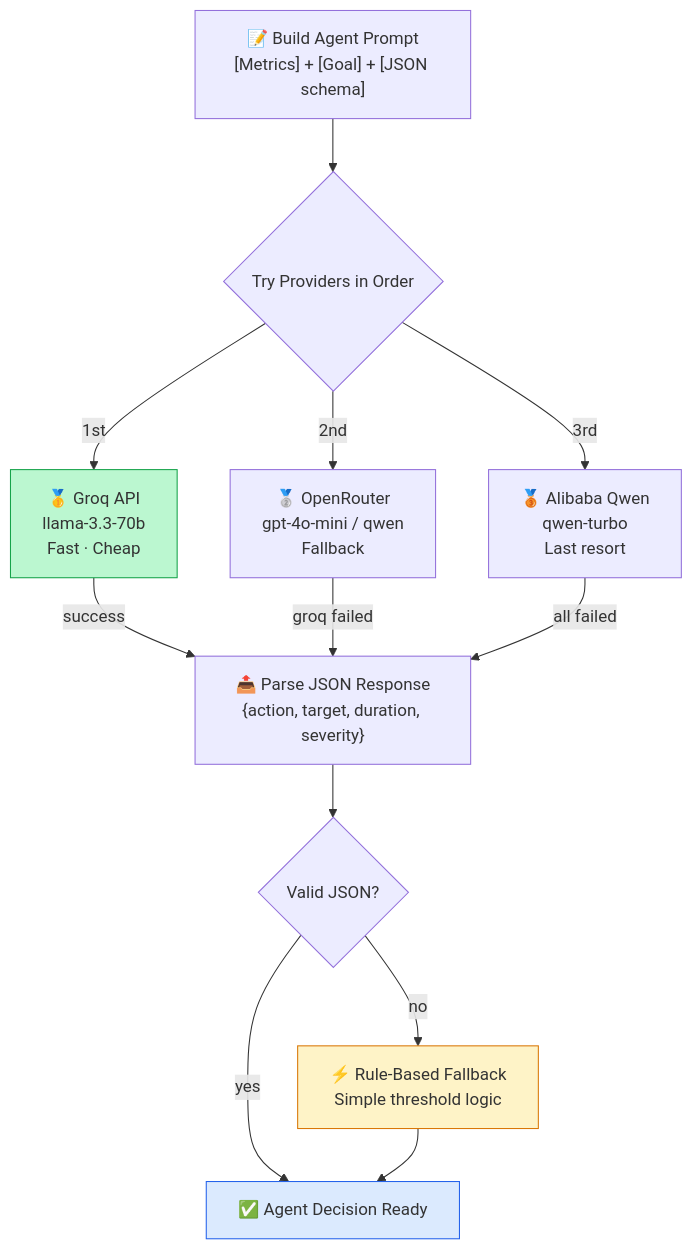
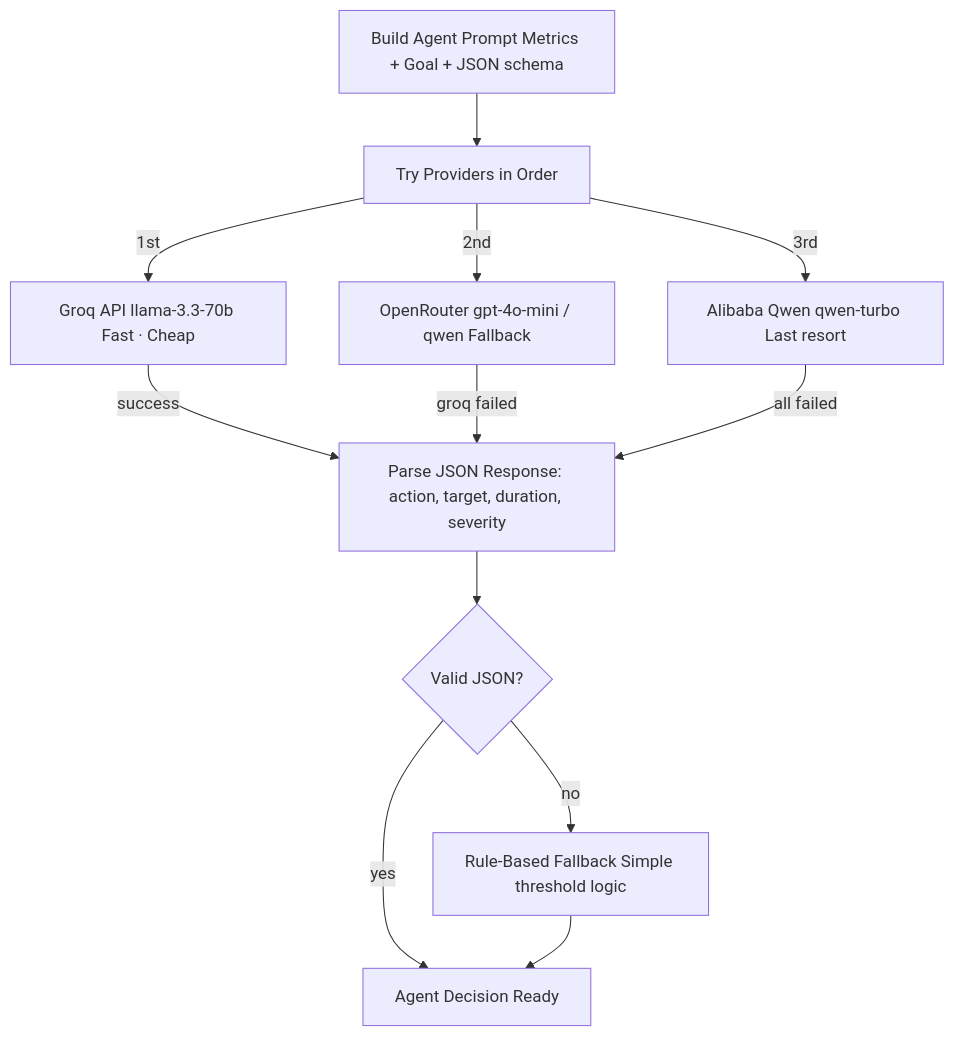
Before and after one commit to tanh1c/agent-traffic: the fifth of 9 diagrams in docs/architecture.md, drawn with Mermaid. The commit also changed other lines of this file, not shown here.

Commit message:
docs: use default mermaid colors and English only

````diff
--- a/docs/architecture.md
+++ b/docs/architecture.md
@@ -183,31 +176,27 @@
 ```mermaid
 flowchart TB
-    PROMPT["📝 Build Agent Prompt<br/>[Metrics] + [Goal] + [JSON schema]"]
+    PROMPT["Build Agent Prompt Metrics + Goal + JSON schema"]
 
-    PROVIDERS{"Try Providers in Order"}
+    PROVIDERS["Try Providers in Order"]
 
-    GROQ["🥇 Groq API<br/>llama-3.3-70b<br/>Fast · Cheap"]
-    OPENROUTER["🥈 OpenRouter<br/>gpt-4o-mini / qwen<br/>Fallback"]
-    ALIBABA["🥉 Alibaba Qwen<br/>qwen-turbo<br/>Last resort"]
+    GROQ["Groq API llama-3.3-70b Fast · Cheap"]
+    OPENROUTER["OpenRouter gpt-4o-mini / qwen Fallback"]
+    ALIBABA["Alibaba Qwen qwen-turbo Last resort"]
 
-    PARSE["📤 Parse JSON Response<br/>{action, target, duration, severity}"]
+    PARSE["Parse JSON Response: action, target, duration, severity"]
     VALID{"Valid JSON?"}
-    RULE["⚡ Rule-Based Fallback<br/>Simple threshold logic"]
-    OUTPUT["✅ Agent Decision Ready"]
+    RULE["Rule-Based Fallback Simple threshold logic"]
+    OUTPUT["Agent Decision Ready"]
 
     PROMPT --> PROVIDERS
     PROVIDERS -->|"1st"| GROQ
     PROVIDERS -->|"2nd"| OPENROUTER
     PROVIDERS -->|"3rd"| ALIBABA
     GROQ -->|"success"| PARSE
     OPENROUTER -->|"groq failed"| PARSE
     ALIBABA -->|"all failed"| PARSE
     PARSE --> VALID
     VALID -->|"no"| RULE
     VALID -->|"yes"| OUTPUT
     RULE --> OUTPUT
-
-    style GROQ fill:#bbf7d0,stroke:#16a34a
-    style OUTPUT fill:#dbeafe,stroke:#2563eb
-    style RULE fill:#fef3c7,stroke:#d97706
 ```
````
